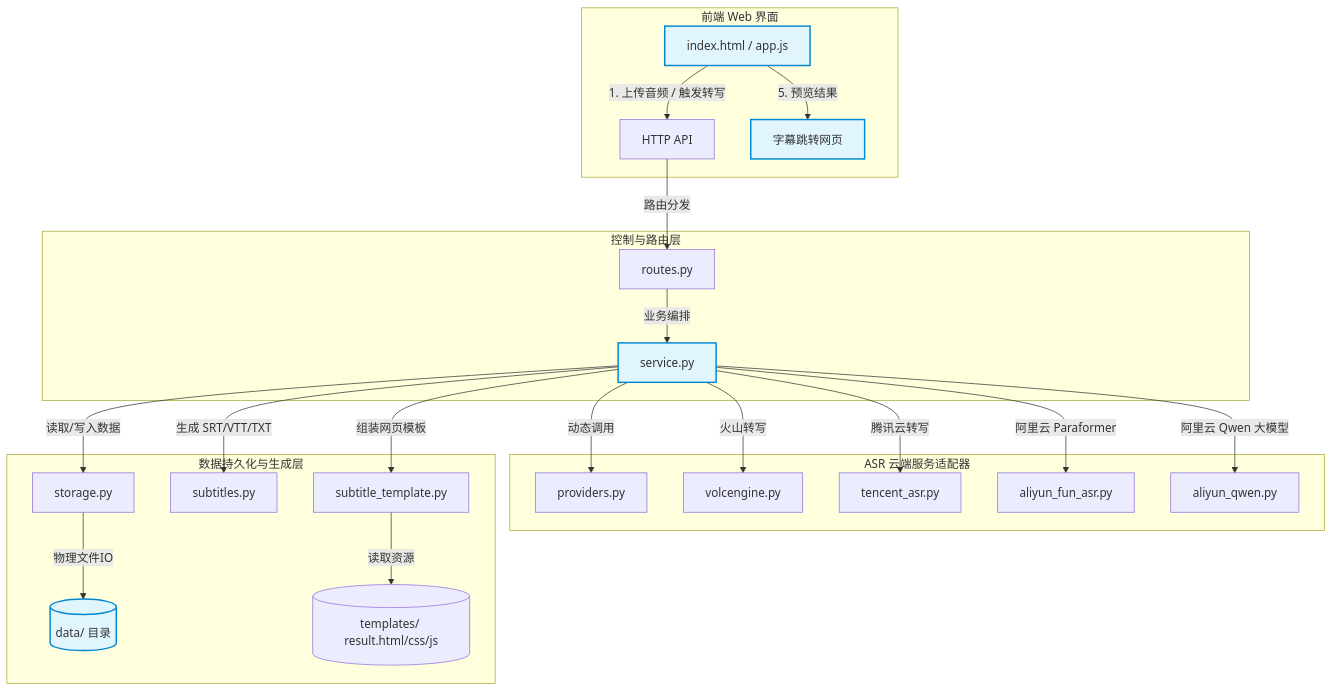
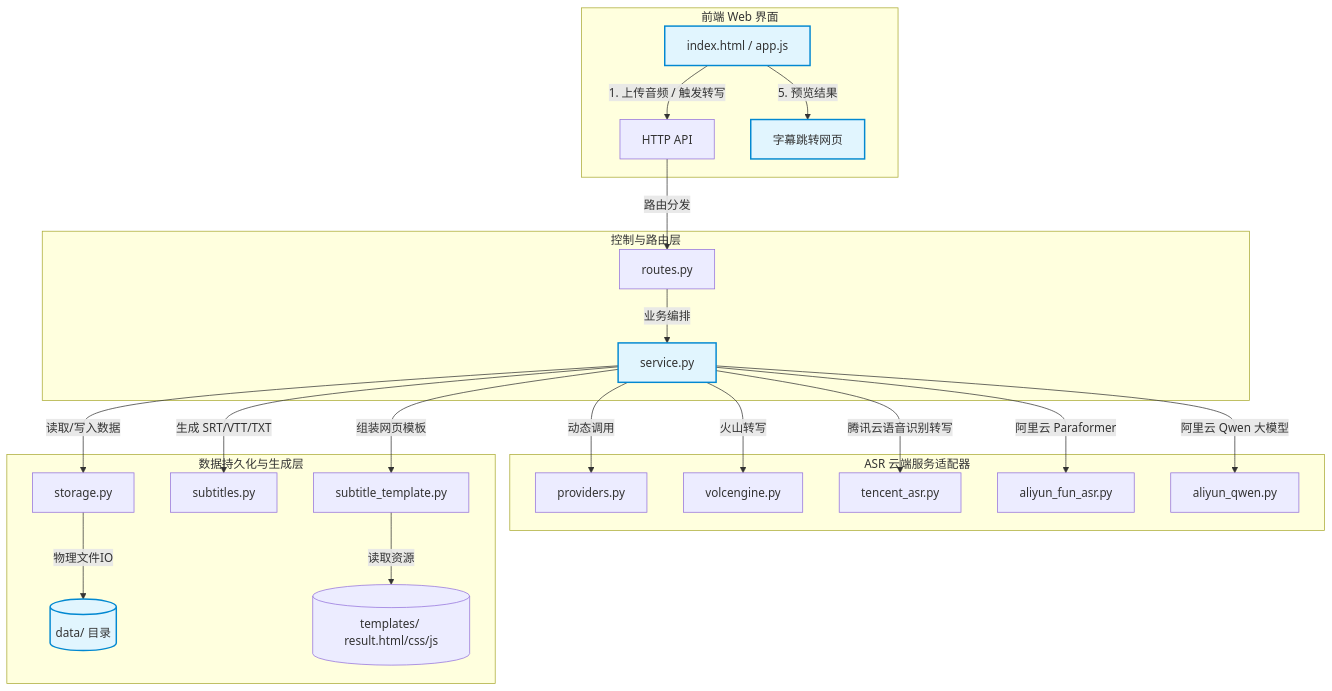
The diagram in README.md (XavierWang3P/listening-scribe), drawn with Mermaid before and after one commit. The commit also changed other lines of this file and 8 other files, not shown here.

````diff
--- a/README.md
+++ b/README.md
@@ -19,35 +19,35 @@
 ```mermaid
 graph TD
     %% 前端层
     subgraph Frontend [前端 Web 界面]
         UI[index.html / app.js] -->|1. 上传音频 / 触发转写| API[HTTP API]
         UI -->|5. 预览结果| SubHTML[字幕跳转网页]
     end
 
     %% 控制与路由层
     subgraph Control [控制与路由层]
         API -->|路由分发| Routes[routes.py]
         Routes -->|业务编排| Service[service.py]
     end
 
     %% 服务适配器层
     subgraph Adapters [ASR 云端服务适配器]
         Service -->|动态调用| Providers[providers.py]
         Service -->|火山转写| Volc[volcengine.py]
-        Service -->|腾讯云转写| Tencent[tencent_asr.py]
+        Service -->|腾讯云语音识别转写| Tencent[tencent_asr.py]
         Service -->|阿里云 Paraformer| AliFun[aliyun_fun_asr.py]
         Service -->|阿里云 Qwen 大模型| AliQwen[aliyun_qwen.py]
     end
 
     %% 存储与生成层
     subgraph Storage [数据持久化与生成层]
         Service -->|读取/写入数据| StorageMgr[storage.py]
         StorageMgr -->|物理文件IO| Disk[(data/ 目录)]
         Service -->|生成 SRT/VTT/TXT| Subtitles[subtitles.py]
         Service -->|组装网页模板| SubTmpl[subtitle_template.py]
         SubTmpl -->|读取资源| TmplSrc[(templates/ result.html/css/js)]
     end
 
     classDef highlight fill:#e1f5fe,stroke:#0288d1,stroke-width:2px;
     class UI,SubHTML,Service,Disk highlight;
 ```
````
